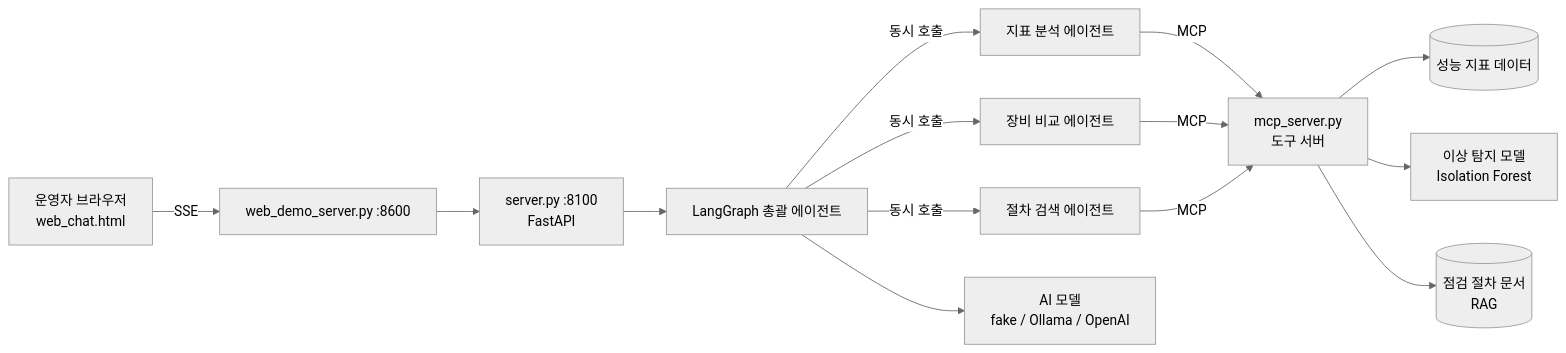
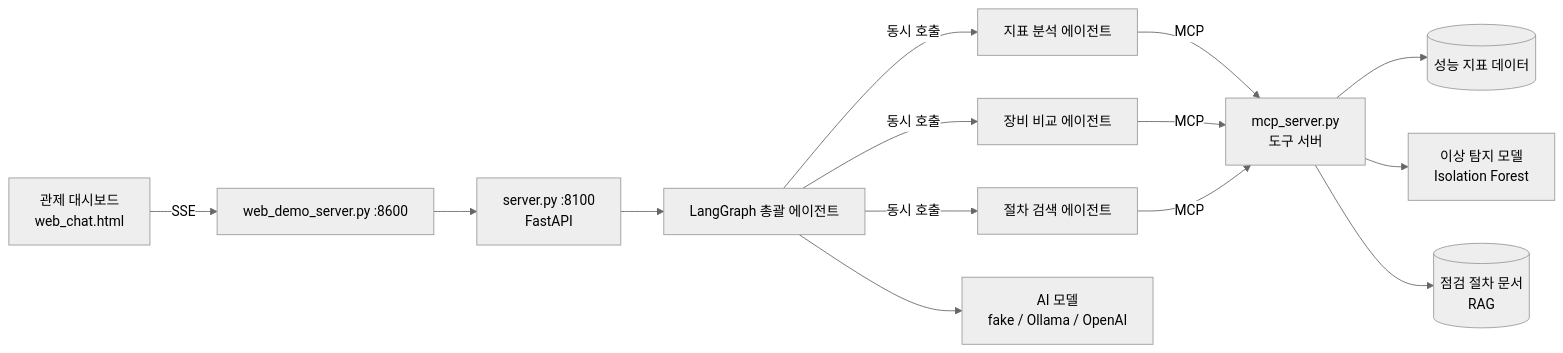
Before and after one commit to develop-jw/corewatch-agent-system: the diagram in README.md, drawn with Mermaid (neutral theme). The commit also changed other lines of this file and 16 other files, not shown here.

````diff
--- a/README.md
+++ b/README.md
@@ -45,14 +45,14 @@
 ```mermaid
 flowchart LR
-    U[운영자 브라우저<br/>web_chat.html] -->|SSE| W[web_demo_server.py :8600]
+    U[관제 대시보드<br/>web_chat.html] -->|SSE| W[web_demo_server.py :8600]
     W --> S[server.py :8100<br/>FastAPI]
     S --> G[LangGraph 총괄 에이전트]
     G -->|동시 호출| A1[지표 분석 에이전트]
     G -->|동시 호출| A2[장비 비교 에이전트]
     G -->|동시 호출| A3[절차 검색 에이전트]
     A1 & A2 & A3 -->|MCP| M[mcp_server.py<br/>도구 서버]
     M --> D[(성능 지표 데이터)]
     M --> ML[이상 탐지 모델<br/>Isolation Forest]
     M --> R[(점검 절차 문서<br/>RAG)]
     G --> L[AI 모델<br/>fake / Ollama / OpenAI]
 ```
````
